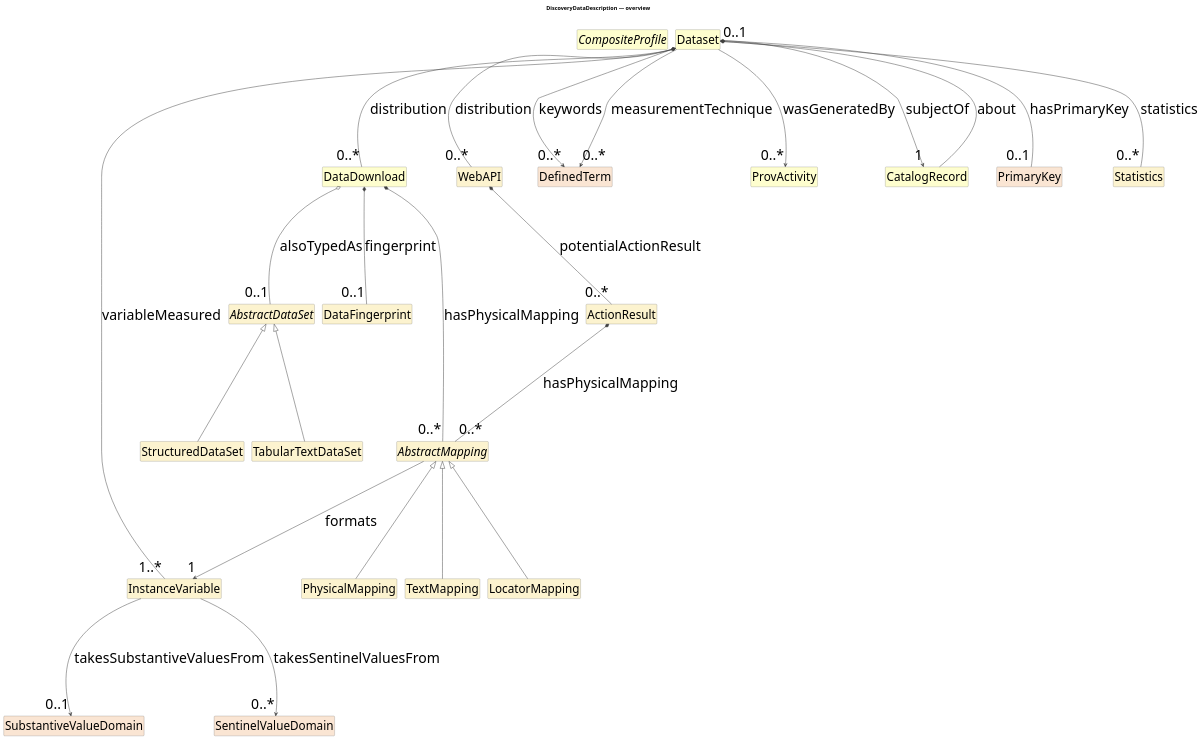
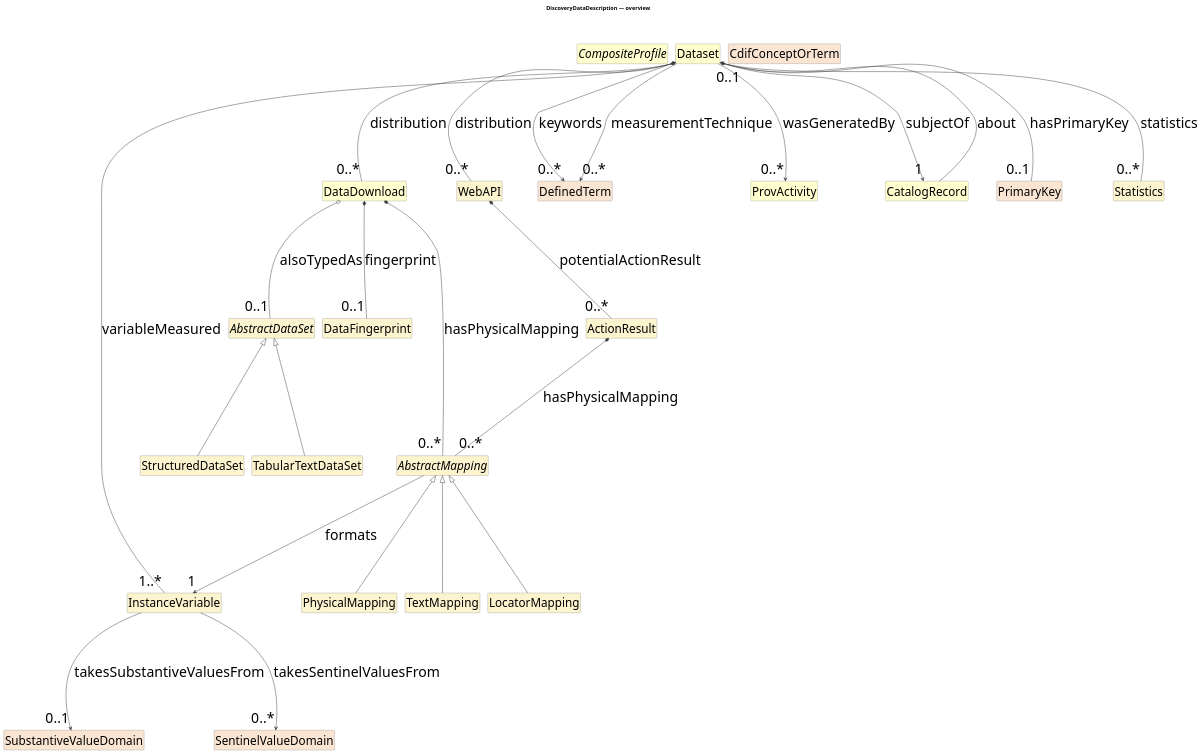
One commit to Cross-Domain-Interoperability-Framework/metadataBuildingBlocks changed the diagram in cdif-uml-model/_plantuml/discoveryDataDescription/index.local.pu. Above: the diagram before and after it, drawn with PlantUML. The commit also changed 358 other files, not shown here.

```diff
--- a/cdif-uml-model/_plantuml/discoveryDataDescription/index.local.pu
+++ b/cdif-uml-model/_plantuml/discoveryDataDescription/index.local.pu
@@ -1,62 +1,63 @@
 @startuml
 title DiscoveryDataDescription — overview
 hide circle
 hide empty members
 skinparam shadowing false
 skinparam ArrowThickness 1.2
 skinparam ranksep 250
 skinparam nodesep 20
 skinparam defaultFontSize 36
 skinparam class {
   ArrowColor #404040
   BorderColor #404040
   FontSize 36
   AttributeFontSize 30
 }
 
 abstract class "CompositeProfile" as CompositeProfile #FEFECE
 class "Dataset" as Dataset #FEFECE
 class "DataDownload" as DataDownload #FEFECE
 class "WebAPI" as WebAPI #FCF3CF
 class "ActionResult" as ActionResult #FCF3CF
 class "DefinedTerm" as DefinedTerm #FAE5D3
 class "ProvActivity" as ProvActivity #FEFECE
 class "CatalogRecord" as CatalogRecord #FEFECE
+class "CdifConceptOrTerm" as CdifConceptOrTerm #FAE5D3
 class "InstanceVariable" as InstanceVariable #FCF3CF
 abstract class "AbstractMapping" as AbstractMapping #FCF3CF
 class "PhysicalMapping" as PhysicalMapping #FCF3CF
 class "TextMapping" as TextMapping #FCF3CF
 class "LocatorMapping" as LocatorMapping #FCF3CF
 abstract class "AbstractDataSet" as AbstractDataSet #FCF3CF
 class "TabularTextDataSet" as TabularTextDataSet #FCF3CF
 class "StructuredDataSet" as StructuredDataSet #FCF3CF
 class "DataFingerprint" as DataFingerprint #FCF3CF
 class "PrimaryKey" as PrimaryKey #FAE5D3
 class "Statistics" as Statistics #FCF3CF
 class "SubstantiveValueDomain" as SubstantiveValueDomain #FAE5D3
 class "SentinelValueDomain" as SentinelValueDomain #FAE5D3
 AbstractMapping <|-- PhysicalMapping
 AbstractMapping <|-- TextMapping
 AbstractMapping <|-- LocatorMapping
 AbstractDataSet <|-- TabularTextDataSet
 AbstractDataSet <|-- StructuredDataSet
 Dataset --> "0..*" ProvActivity : wasGeneratedBy
 Dataset --> "1" CatalogRecord : subjectOf
 Dataset --> "0..*" DefinedTerm : keywords
 Dataset --> "0..*" DefinedTerm : measurementTechnique
 Dataset *-- "1..*" InstanceVariable : variableMeasured
 Dataset *-- "0..1" PrimaryKey : hasPrimaryKey
 Dataset *-- "0..*" Statistics : statistics
 Dataset *-- "0..*" DataDownload : distribution
 Dataset *-- "0..*" WebAPI : distribution
 DataDownload *-- "0..*" AbstractMapping : hasPhysicalMapping
 DataDownload o-- "0..1" AbstractDataSet : alsoTypedAs
 DataDownload *-- "0..1" DataFingerprint : fingerprint
 WebAPI *-- "0..*" ActionResult : potentialActionResult
 ActionResult *-- "0..*" AbstractMapping : hasPhysicalMapping
 CatalogRecord --> "0..1" Dataset : about
 InstanceVariable --> "0..1" SubstantiveValueDomain : takesSubstantiveValuesFrom
 InstanceVariable --> "0..*" SentinelValueDomain : takesSentinelValuesFrom
 AbstractMapping --> "1" InstanceVariable : formats
 
 @enduml
```
